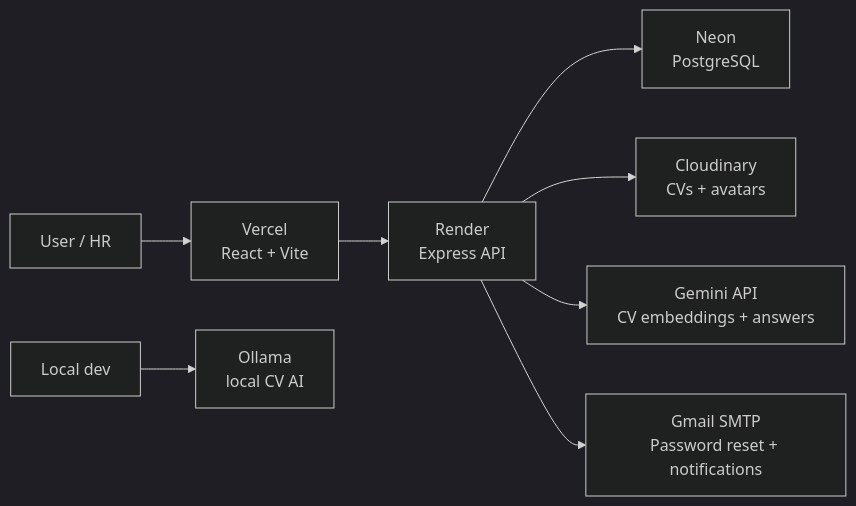
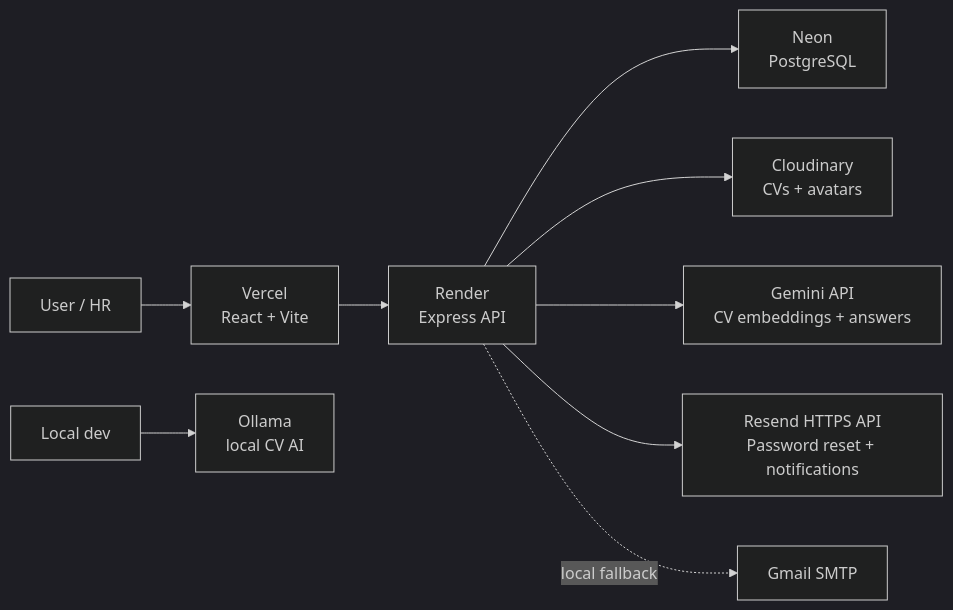
The diagram in README.md (nguyen279166/ATS_PRO), drawn with Mermaid (dark theme) before and after one commit. The commit also changed other lines of this file and 9 other files, not shown here.

````diff
--- a/README.md
+++ b/README.md
@@ -77,10 +78,11 @@
 ```mermaid
 flowchart LR
   User["User / HR"] --> Vercel["Vercel\nReact + Vite"]
   Vercel --> Render["Render\nExpress API"]
   Render --> Neon["Neon\nPostgreSQL"]
   Render --> Cloudinary["Cloudinary\nCVs + avatars"]
   Render --> Gemini["Gemini API\nCV embeddings + answers"]
   Local["Local dev"] --> Ollama["Ollama\nlocal CV AI"]
-  Render --> Gmail["Gmail SMTP\nPassword reset + notifications"]
+  Render --> Resend["Resend HTTPS API\nPassword reset + notifications"]
+  Render -. "local fallback" .-> Gmail["Gmail SMTP"]
 ```
````
